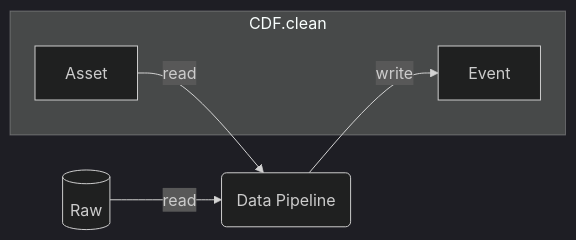
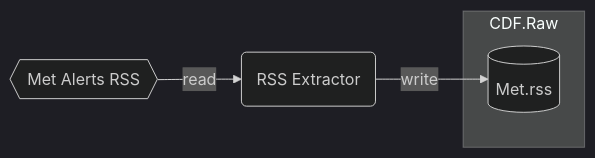
The diagram in 21-met-metalerts-rss-extractor/README.md (cognitedata/cdf-sdk-java-examples), drawn with Mermaid (dark theme) before and after one commit. The commit also changed other lines of this file, not shown here.

Commit message:
Update rss readme

````diff
--- a/21-met-metalerts-rss-extractor/README.md
+++ b/21-met-metalerts-rss-extractor/README.md
@@ -13,10 +15,8 @@
 ```mermaid
 flowchart LR
-    A[(Raw)] -->|read| B(Data Pipeline)
-    subgraph CDF.clean
-        C[Event]
-        D[Asset]
+     A{{Met Alerts RSS}} -->|read| B(RSS Extractor)
+    subgraph CDF.Raw
+        C[(Met.rss)]
     end
     B -->|write| C
-    D -->|read| B
 ```
````
